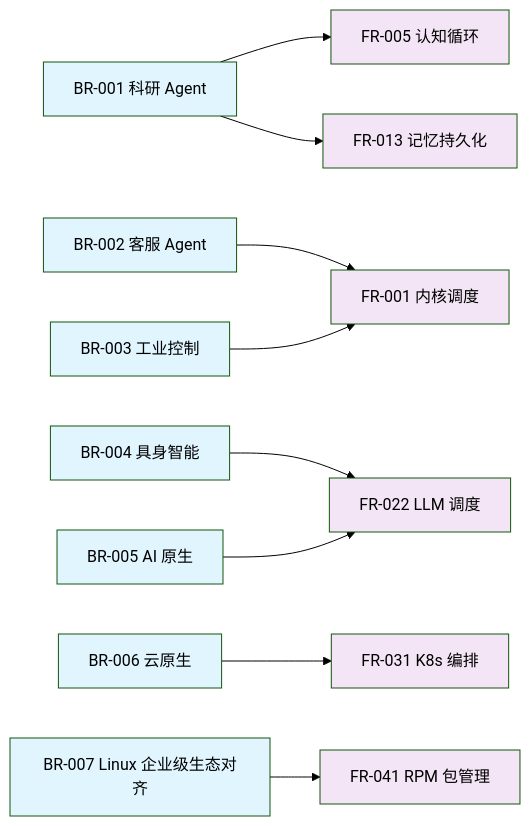
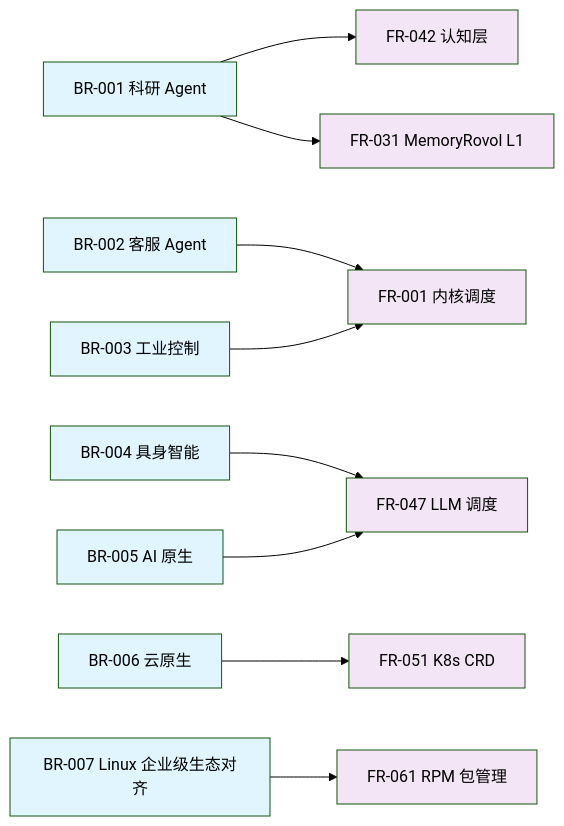
The diagram in AirymaxOS/00-requirements/01-business-requirements.md (openairymax/docs), drawn with Mermaid (forest theme) before and after one commit. The commit also changed other lines of this file and 135 other files, not shown here.

````diff
--- a/AirymaxOS/00-requirements/01-business-requirements.md
+++ b/AirymaxOS/00-requirements/01-business-requirements.md
@@ -502,40 +502,40 @@
 ```mermaid
 graph LR
     BR1[BR-001 科研 Agent]
     BR2[BR-002 客服 Agent]
     BR3[BR-003 工业控制]
     BR4[BR-004 具身智能]
     BR5[BR-005 AI 原生]
     BR6[BR-006 云原生]
     BR7[BR-007 Linux 企业级生态对齐]
 
     FR1[FR-001 内核调度]
-    FR5[FR-005 认知循环]
-    FR13[FR-013 记忆持久化]
-    FR22[FR-022 LLM 调度]
-    FR31[FR-031 K8s 编排]
-    FR41[FR-041 RPM 包管理]
+    FR5[FR-042 认知层]
+    FR13[FR-031 MemoryRovol L1]
+    FR22[FR-047 LLM 调度]
+    FR31[FR-051 K8s CRD]
+    FR41[FR-061 RPM 包管理]
 
     BR1 --> FR5
     BR1 --> FR13
     BR2 --> FR1
     BR3 --> FR1
     BR4 --> FR22
     BR5 --> FR22
     BR6 --> FR31
     BR7 --> FR41
 
     style BR1 fill:#e1f5fe
     style BR2 fill:#e1f5fe
     style BR3 fill:#e1f5fe
     style BR4 fill:#e1f5fe
     style BR5 fill:#e1f5fe
     style BR6 fill:#e1f5fe
     style BR7 fill:#e1f5fe
     style FR1 fill:#f3e5f5
     style FR5 fill:#f3e5f5
     style FR13 fill:#f3e5f5
     style FR22 fill:#f3e5f5
     style FR31 fill:#f3e5f5
     style FR41 fill:#f3e5f5
 ```
````
